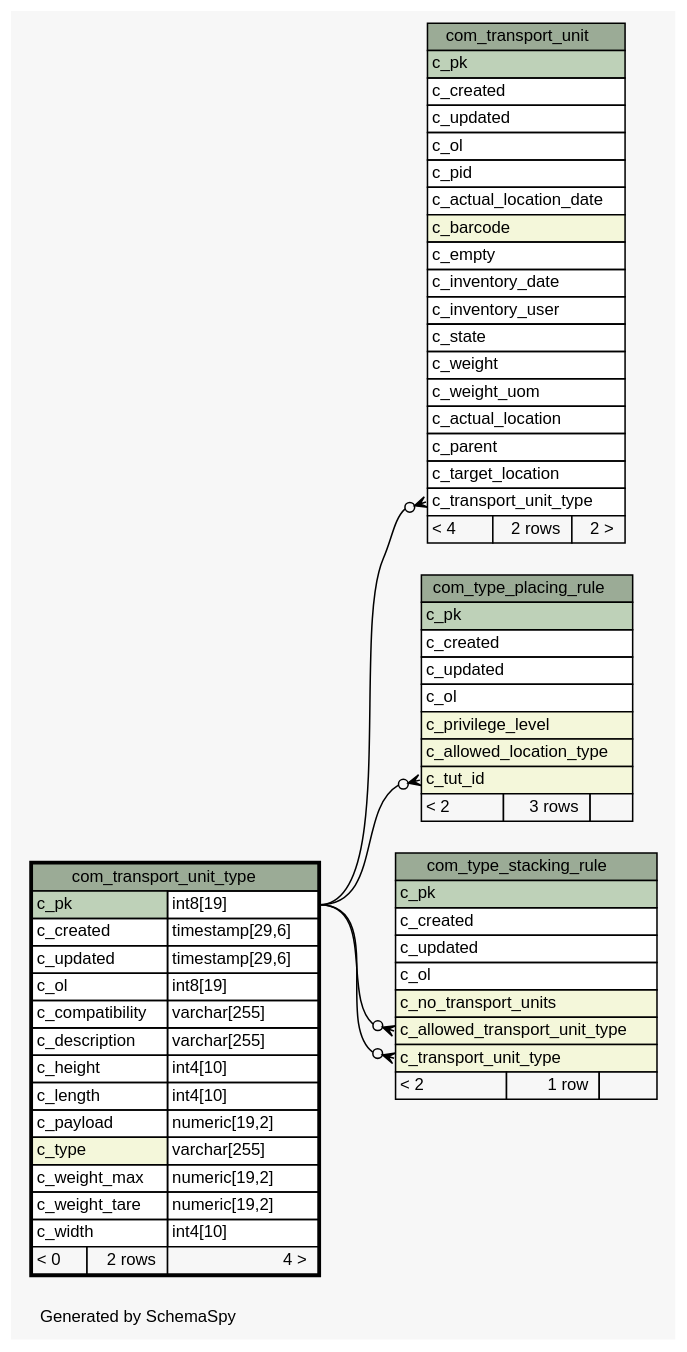
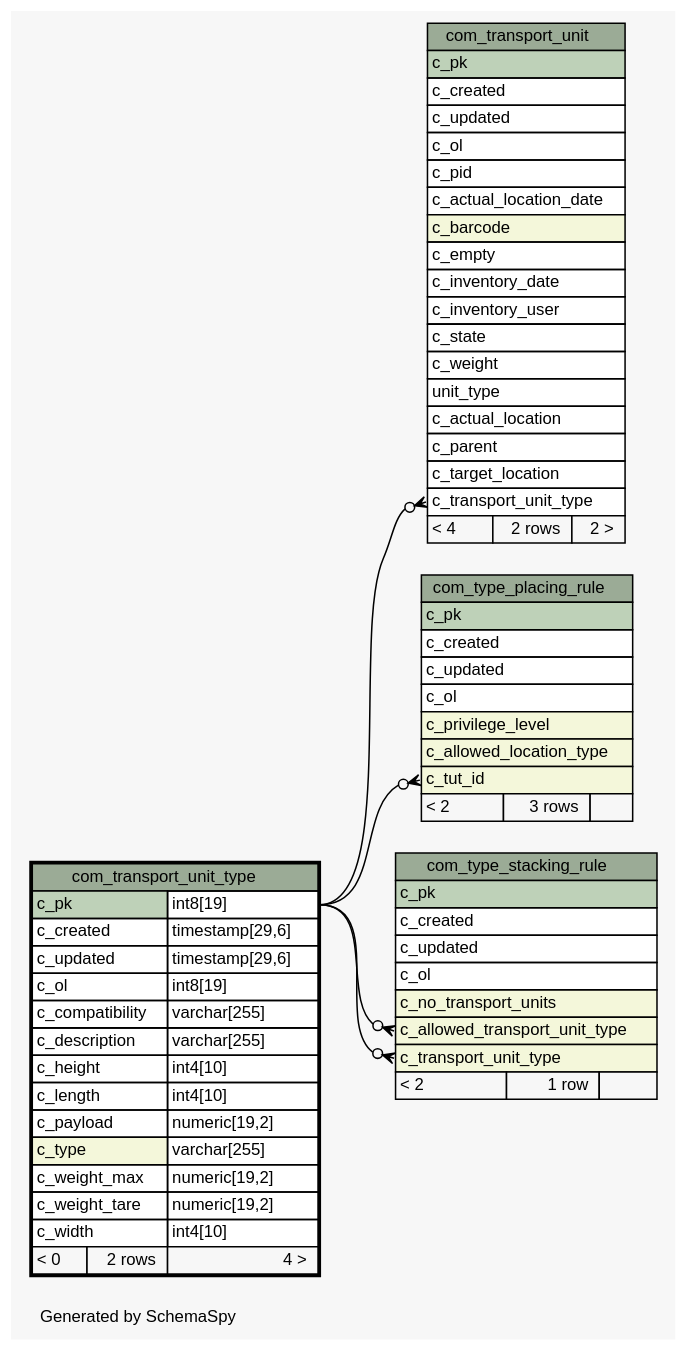
Before and after one commit to openwms/org.openwms.common.service.lib: the diagram in schemaspy/diagrams/com_transport_unit_type.1degree.dot, drawn with Graphviz. The commit also changed 936 other files, not shown here.

```diff
--- a/schemaspy/diagrams/com_transport_unit_type.1degree.dot
+++ b/schemaspy/diagrams/com_transport_unit_type.1degree.dot
@@ -1,106 +1,106 @@
 // dot 2.36.0 on Linux 4.4.0-101-generic
 // SchemaSpy rev Unknown
 digraph "oneDegreeRelationshipsDiagram" {
   graph [
     rankdir="RL"
     bgcolor="#f7f7f7"
     label="\nGenerated by SchemaSpy"
     labeljust="l"
     nodesep="0.18"
     ranksep="0.46"
     fontname="Helvetica"
     fontsize="11"
   ];
   node [
     fontname="Helvetica"
     fontsize="11"
     shape="plaintext"
   ];
   edge [
     arrowsize="0.8"
   ];
   "com_transport_unit":"c_transport_unit_type":w -> "com_transport_unit_type":"c_pk.type":e [arrowhead=none dir=back arrowtail=crowodot];
   "com_type_placing_rule":"c_tut_id":w -> "com_transport_unit_type":"c_pk.type":e [arrowhead=none dir=back arrowtail=crowodot];
   "com_type_stacking_rule":"c_allowed_transport_unit_type":w -> "com_transport_unit_type":"c_pk.type":e [arrowhead=none dir=back arrowtail=crowodot];
   "com_type_stacking_rule":"c_transport_unit_type":w -> "com_transport_unit_type":"c_pk.type":e [arrowhead=none dir=back arrowtail=crowodot];
   "com_transport_unit" [
     label=<
     <TABLE BORDER="0" CELLBORDER="1" CELLSPACING="0" BGCOLOR="#ffffff">
       <TR><TD COLSPAN="3" BGCOLOR="#9bab96" ALIGN="CENTER">com_transport_unit</TD></TR>
       <TR><TD PORT="c_pk" COLSPAN="3" BGCOLOR="#bed1b8" ALIGN="LEFT">c_pk</TD></TR>
       <TR><TD PORT="c_created" COLSPAN="3" ALIGN="LEFT">c_created</TD></TR>
       <TR><TD PORT="c_updated" COLSPAN="3" ALIGN="LEFT">c_updated</TD></TR>
       <TR><TD PORT="c_ol" COLSPAN="3" ALIGN="LEFT">c_ol</TD></TR>
       <TR><TD PORT="c_pid" COLSPAN="3" ALIGN="LEFT">c_pid</TD></TR>
       <TR><TD PORT="c_actual_location_date" COLSPAN="3" ALIGN="LEFT">c_actual_location_date</TD></TR>
       <TR><TD PORT="c_barcode" COLSPAN="3" BGCOLOR="#f4f7da" ALIGN="LEFT">c_barcode</TD></TR>
       <TR><TD PORT="c_empty" COLSPAN="3" ALIGN="LEFT">c_empty</TD></TR>
       <TR><TD PORT="c_inventory_date" COLSPAN="3" ALIGN="LEFT">c_inventory_date</TD></TR>
       <TR><TD PORT="c_inventory_user" COLSPAN="3" ALIGN="LEFT">c_inventory_user</TD></TR>
       <TR><TD PORT="c_state" COLSPAN="3" ALIGN="LEFT">c_state</TD></TR>
       <TR><TD PORT="c_weight" COLSPAN="3" ALIGN="LEFT">c_weight</TD></TR>
-      <TR><TD PORT="c_weight_uom" COLSPAN="3" ALIGN="LEFT">c_weight_uom</TD></TR>
+      <TR><TD PORT="unit_type" COLSPAN="3" ALIGN="LEFT">unit_type</TD></TR>
       <TR><TD PORT="c_actual_location" COLSPAN="3" ALIGN="LEFT">c_actual_location</TD></TR>
       <TR><TD PORT="c_parent" COLSPAN="3" ALIGN="LEFT">c_parent</TD></TR>
       <TR><TD PORT="c_target_location" COLSPAN="3" ALIGN="LEFT">c_target_location</TD></TR>
       <TR><TD PORT="c_transport_unit_type" COLSPAN="3" ALIGN="LEFT">c_transport_unit_type</TD></TR>
       <TR><TD ALIGN="LEFT" BGCOLOR="#f7f7f7">&lt; 4</TD><TD ALIGN="RIGHT" BGCOLOR="#f7f7f7">2 rows</TD><TD ALIGN="RIGHT" BGCOLOR="#f7f7f7">2 &gt;</TD></TR>
     </TABLE>>
     URL="com_transport_unit.html"
     tooltip="com_transport_unit"
   ];
   "com_transport_unit_type" [
     label=<
     <TABLE BORDER="2" CELLBORDER="1" CELLSPACING="0" BGCOLOR="#ffffff">
       <TR><TD COLSPAN="3" BGCOLOR="#9bab96" ALIGN="CENTER">com_transport_unit_type</TD></TR>
       <TR><TD PORT="c_pk" COLSPAN="2" BGCOLOR="#bed1b8" ALIGN="LEFT">c_pk</TD><TD PORT="c_pk.type" ALIGN="LEFT">int8[19]</TD></TR>
       <TR><TD PORT="c_created" COLSPAN="2" ALIGN="LEFT">c_created</TD><TD PORT="c_created.type" ALIGN="LEFT">timestamp[29,6]</TD></TR>
       <TR><TD PORT="c_updated" COLSPAN="2" ALIGN="LEFT">c_updated</TD><TD PORT="c_updated.type" ALIGN="LEFT">timestamp[29,6]</TD></TR>
       <TR><TD PORT="c_ol" COLSPAN="2" ALIGN="LEFT">c_ol</TD><TD PORT="c_ol.type" ALIGN="LEFT">int8[19]</TD></TR>
       <TR><TD PORT="c_compatibility" COLSPAN="2" ALIGN="LEFT">c_compatibility</TD><TD PORT="c_compatibility.type" ALIGN="LEFT">varchar[255]</TD></TR>
       <TR><TD PORT="c_description" COLSPAN="2" ALIGN="LEFT">c_description</TD><TD PORT="c_description.type" ALIGN="LEFT">varchar[255]</TD></TR>
       <TR><TD PORT="c_height" COLSPAN="2" ALIGN="LEFT">c_height</TD><TD PORT="c_height.type" ALIGN="LEFT">int4[10]</TD></TR>
       <TR><TD PORT="c_length" COLSPAN="2" ALIGN="LEFT">c_length</TD><TD PORT="c_length.type" ALIGN="LEFT">int4[10]</TD></TR>
       <TR><TD PORT="c_payload" COLSPAN="2" ALIGN="LEFT">c_payload</TD><TD PORT="c_payload.type" ALIGN="LEFT">numeric[19,2]</TD></TR>
       <TR><TD PORT="c_type" COLSPAN="2" BGCOLOR="#f4f7da" ALIGN="LEFT">c_type</TD><TD PORT="c_type.type" ALIGN="LEFT">varchar[255]</TD></TR>
       <TR><TD PORT="c_weight_max" COLSPAN="2" ALIGN="LEFT">c_weight_max</TD><TD PORT="c_weight_max.type" ALIGN="LEFT">numeric[19,2]</TD></TR>
       <TR><TD PORT="c_weight_tare" COLSPAN="2" ALIGN="LEFT">c_weight_tare</TD><TD PORT="c_weight_tare.type" ALIGN="LEFT">numeric[19,2]</TD></TR>
       <TR><TD PORT="c_width" COLSPAN="2" ALIGN="LEFT">c_width</TD><TD PORT="c_width.type" ALIGN="LEFT">int4[10]</TD></TR>
       <TR><TD ALIGN="LEFT" BGCOLOR="#f7f7f7">&lt; 0</TD><TD ALIGN="RIGHT" BGCOLOR="#f7f7f7">2 rows</TD><TD ALIGN="RIGHT" BGCOLOR="#f7f7f7">4 &gt;</TD></TR>
     </TABLE>>
     URL="com_transport_unit_type.html"
     tooltip="com_transport_unit_type"
   ];
   "com_type_placing_rule" [
     label=<
     <TABLE BORDER="0" CELLBORDER="1" CELLSPACING="0" BGCOLOR="#ffffff">
       <TR><TD COLSPAN="3" BGCOLOR="#9bab96" ALIGN="CENTER">com_type_placing_rule</TD></TR>
       <TR><TD PORT="c_pk" COLSPAN="3" BGCOLOR="#bed1b8" ALIGN="LEFT">c_pk</TD></TR>
       <TR><TD PORT="c_created" COLSPAN="3" ALIGN="LEFT">c_created</TD></TR>
       <TR><TD PORT="c_updated" COLSPAN="3" ALIGN="LEFT">c_updated</TD></TR>
       <TR><TD PORT="c_ol" COLSPAN="3" ALIGN="LEFT">c_ol</TD></TR>
       <TR><TD PORT="c_privilege_level" COLSPAN="3" BGCOLOR="#f4f7da" ALIGN="LEFT">c_privilege_level</TD></TR>
       <TR><TD PORT="c_allowed_location_type" COLSPAN="3" BGCOLOR="#f4f7da" ALIGN="LEFT">c_allowed_location_type</TD></TR>
       <TR><TD PORT="c_tut_id" COLSPAN="3" BGCOLOR="#f4f7da" ALIGN="LEFT">c_tut_id</TD></TR>
       <TR><TD ALIGN="LEFT" BGCOLOR="#f7f7f7">&lt; 2</TD><TD ALIGN="RIGHT" BGCOLOR="#f7f7f7">3 rows</TD><TD ALIGN="RIGHT" BGCOLOR="#f7f7f7">  </TD></TR>
     </TABLE>>
     URL="com_type_placing_rule.html"
     tooltip="com_type_placing_rule"
   ];
   "com_type_stacking_rule" [
     label=<
     <TABLE BORDER="0" CELLBORDER="1" CELLSPACING="0" BGCOLOR="#ffffff">
       <TR><TD COLSPAN="3" BGCOLOR="#9bab96" ALIGN="CENTER">com_type_stacking_rule</TD></TR>
       <TR><TD PORT="c_pk" COLSPAN="3" BGCOLOR="#bed1b8" ALIGN="LEFT">c_pk</TD></TR>
       <TR><TD PORT="c_created" COLSPAN="3" ALIGN="LEFT">c_created</TD></TR>
       <TR><TD PORT="c_updated" COLSPAN="3" ALIGN="LEFT">c_updated</TD></TR>
       <TR><TD PORT="c_ol" COLSPAN="3" ALIGN="LEFT">c_ol</TD></TR>
       <TR><TD PORT="c_no_transport_units" COLSPAN="3" BGCOLOR="#f4f7da" ALIGN="LEFT">c_no_transport_units</TD></TR>
       <TR><TD PORT="c_allowed_transport_unit_type" COLSPAN="3" BGCOLOR="#f4f7da" ALIGN="LEFT">c_allowed_transport_unit_type</TD></TR>
       <TR><TD PORT="c_transport_unit_type" COLSPAN="3" BGCOLOR="#f4f7da" ALIGN="LEFT">c_transport_unit_type</TD></TR>
       <TR><TD ALIGN="LEFT" BGCOLOR="#f7f7f7">&lt; 2</TD><TD ALIGN="RIGHT" BGCOLOR="#f7f7f7">1 row</TD><TD ALIGN="RIGHT" BGCOLOR="#f7f7f7">  </TD></TR>
     </TABLE>>
     URL="com_type_stacking_rule.html"
     tooltip="com_type_stacking_rule"
   ];
 }
```
